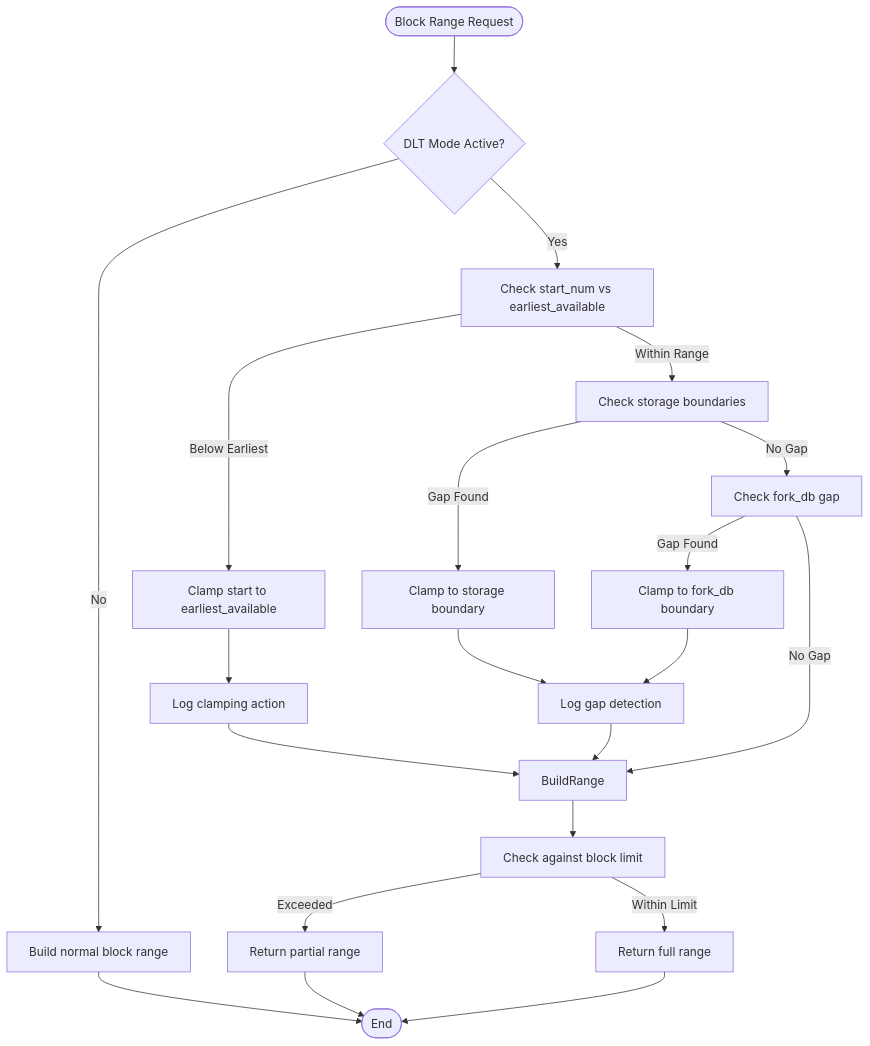
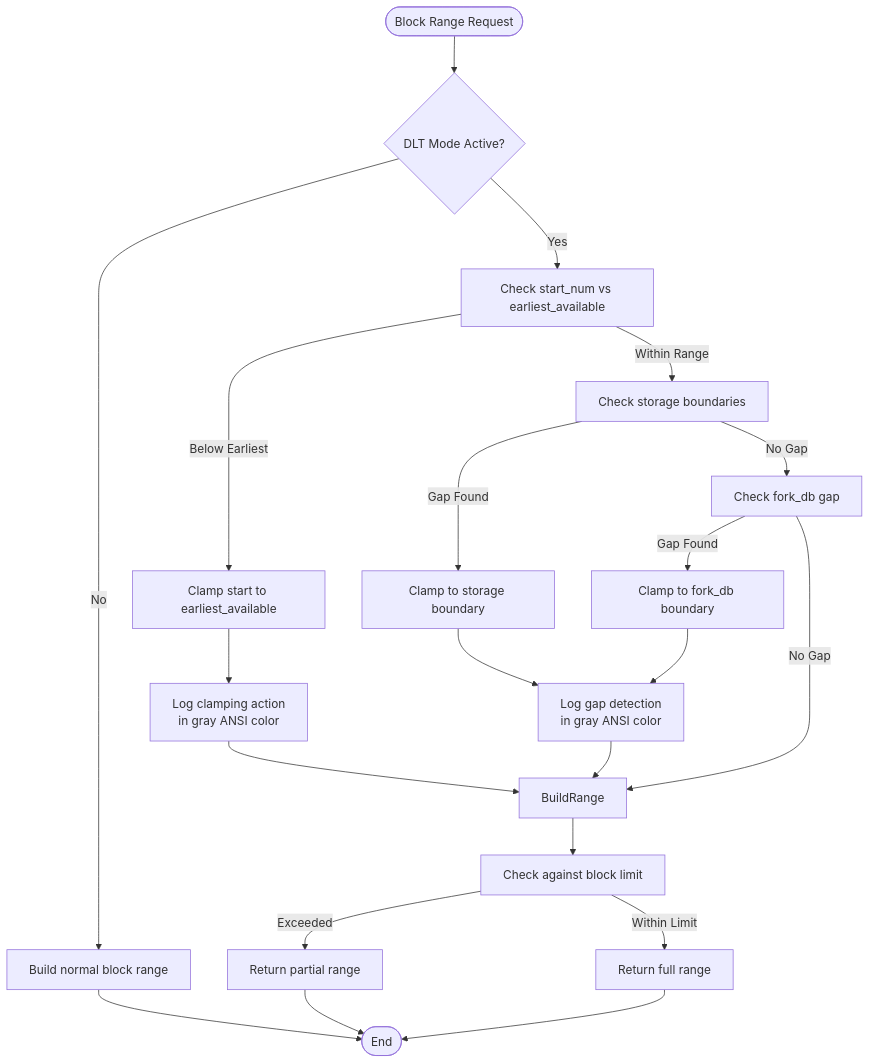
One commit to VIZ-Blockchain/viz-cpp-node changed the ninth of 36 diagrams in .qoder/repowiki/en/content/P2p Plugin.md. Above: the diagram before and after it, drawn with Mermaid. The commit also changed other lines of this file and 3 other files, not shown here.

````diff
--- a/.qoder/repowiki/en/content/P2p Plugin.md
+++ b/.qoder/repowiki/en/content/P2p Plugin.md
@@ -454,23 +467,23 @@
 ```mermaid
 flowchart TD
 Start([Block Range Request]) --> CheckDLT{"DLT Mode Active?"}
 CheckDLT --> |No| NormalRange["Build normal block range"]
 CheckDLT --> |Yes| CheckStartGap["Check start_num vs earliest_available"]
 CheckStartGap --> |Below Earliest| ClampToEarliest["Clamp start to earliest_available"]
 CheckStartGap --> |Within Range| CheckStorageBoundary["Check storage boundaries"]
 CheckStorageBoundary --> |Gap Found| ClampToBoundary["Clamp to storage boundary"]
 CheckStorageBoundary --> |No Gap| CheckForkDBGap["Check fork_db gap"]
 CheckForkDBGap --> |Gap Found| ClampToForkDB["Clamp to fork_db boundary"]
 CheckForkDBGap --> |No Gap| BuildRange
-ClampToEarliest --> LogClamp["Log clamping action"]
-ClampToBoundary --> LogGap["Log gap detection"]
+ClampToEarliest --> LogClamp["Log clamping action<br/>in gray ANSI color"]
+ClampToBoundary --> LogGap["Log gap detection<br/>in gray ANSI color"]
 ClampToForkDB --> LogGap
 LogClamp --> BuildRange
 LogGap --> BuildRange
 BuildRange --> CheckLimit["Check against block limit"]
 CheckLimit --> |Exceeded| ReturnPartial["Return partial range"]
 CheckLimit --> |Within Limit| ReturnFull["Return full range"]
 ReturnPartial --> End([End])
 ReturnFull --> End
 NormalRange --> End
 ```
````
